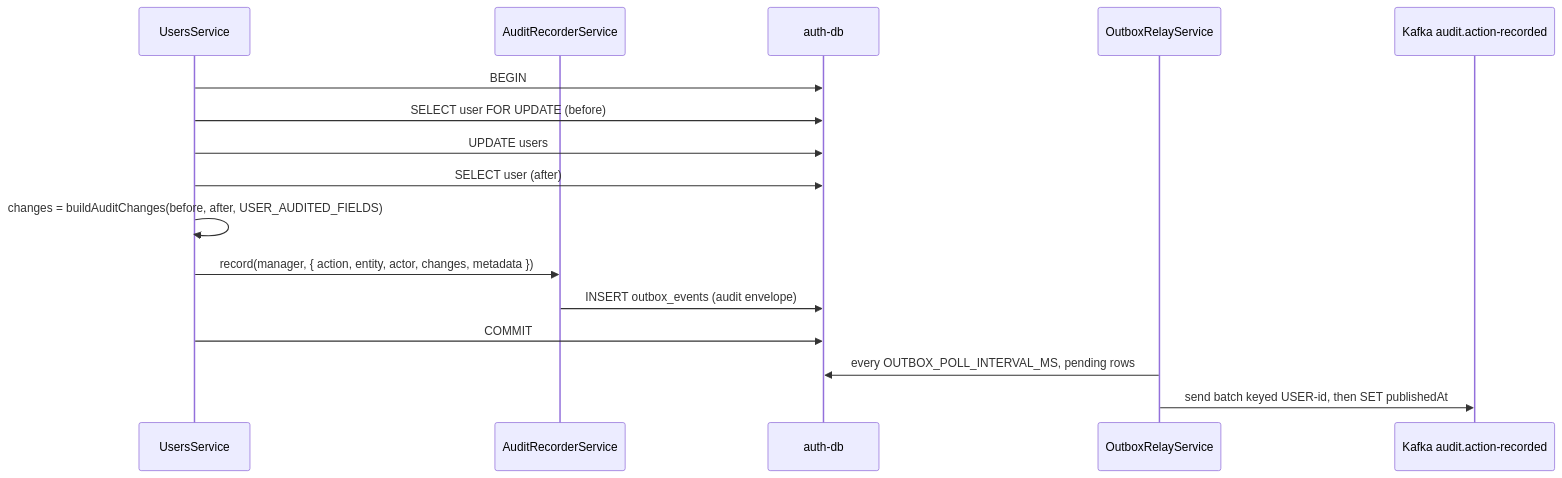
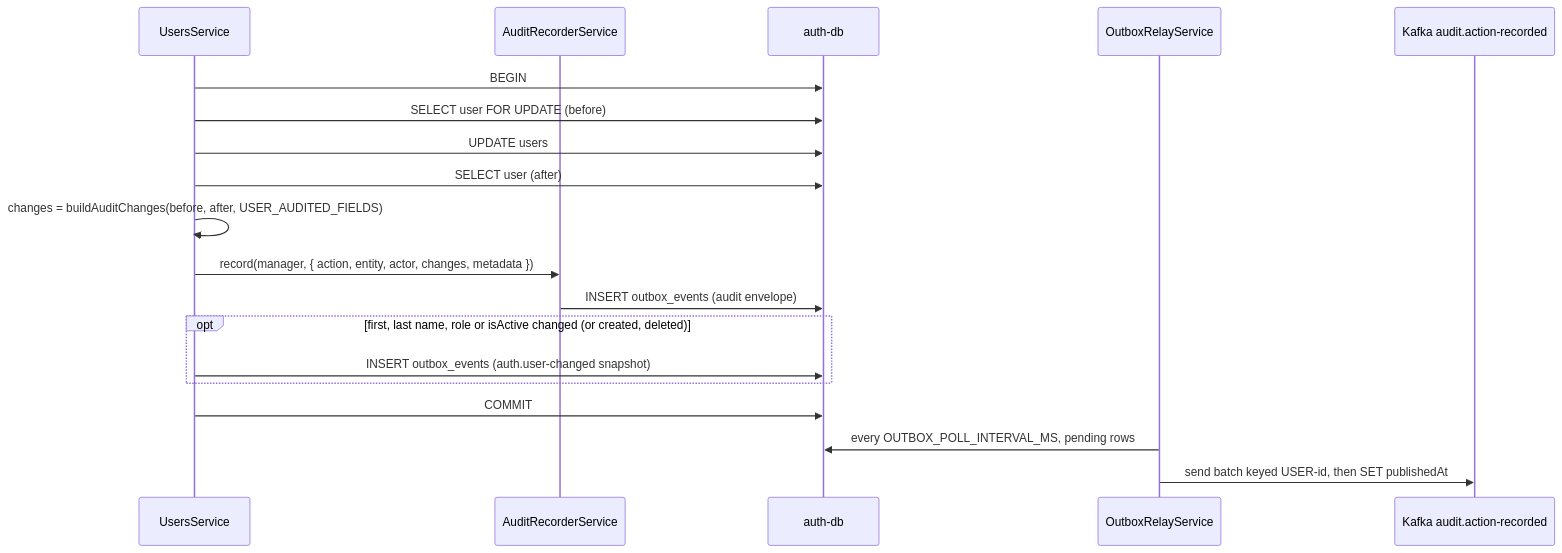
Before and after one commit to Mohammed-Taysser/masr3: the sixth of 7 diagrams in docs/services/auth-service.md, drawn with Mermaid. The commit also changed other lines of this file and 15 other files, not shown here.

Commit message:
feat: publish auth.user-changed snapshots through auth-service's outbox

````diff
--- a/docs/services/auth-service.md
+++ b/docs/services/auth-service.md
@@ -139,18 +142,21 @@
 ```mermaid
 sequenceDiagram
   participant S as UsersService
   participant UA as AuditRecorderService
   participant DB as auth-db
   participant R as OutboxRelayService
   participant K as Kafka audit.action-recorded
   S->>DB: BEGIN
   S->>DB: SELECT user FOR UPDATE (before)
   S->>DB: UPDATE users
   S->>DB: SELECT user (after)
   S->>S: changes = buildAuditChanges(before, after, USER_AUDITED_FIELDS)
   S->>UA: record(manager, { action, entity, actor, changes, metadata })
   UA->>DB: INSERT outbox_events (audit envelope)
+  opt first, last name, role or isActive changed (or created, deleted)
+    S->>DB: INSERT outbox_events (auth.user-changed snapshot)
+  end
   S->>DB: COMMIT
   R->>DB: every OUTBOX_POLL_INTERVAL_MS, pending rows
   R->>K: send batch keyed USER-id, then SET publishedAt
 ```
````
